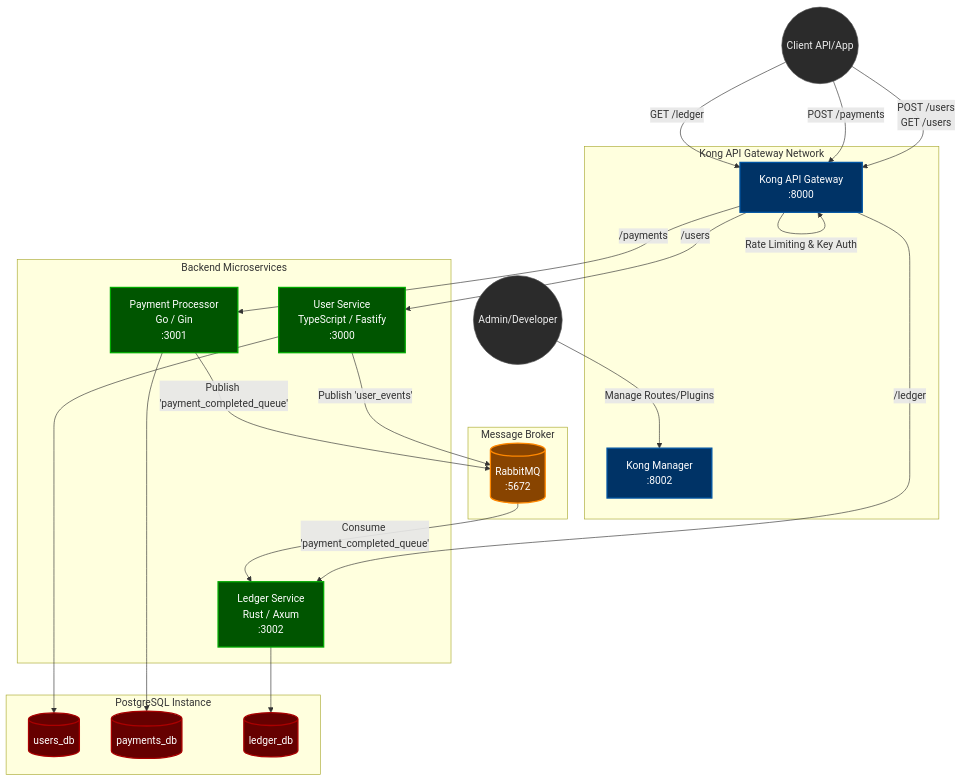
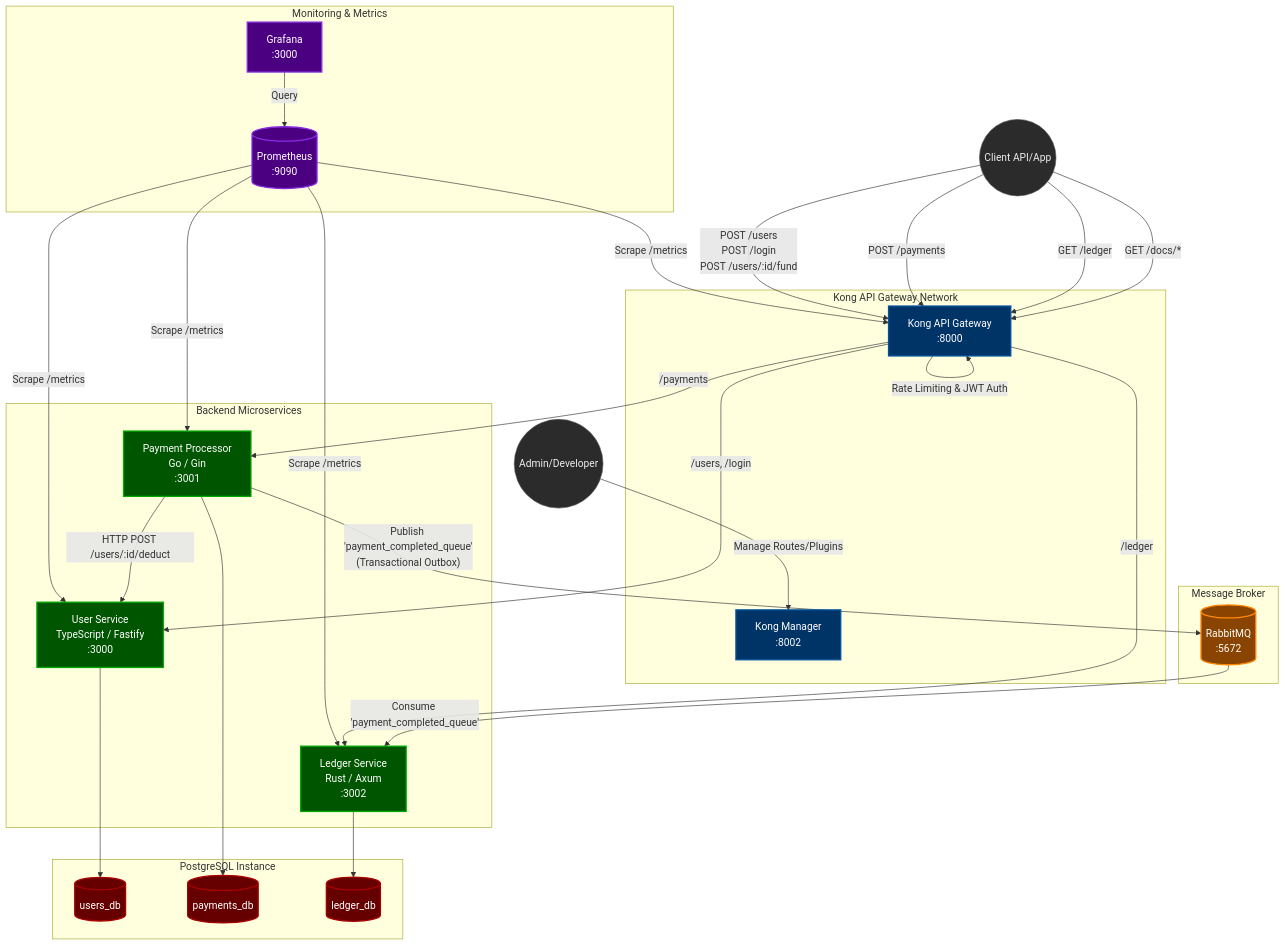
One commit to babalolajnr/kong-gateway changed the diagram in architecture.md. Above: the diagram before and after it, drawn with Mermaid. The commit also changed other lines of this file and 3107 other files, not shown here.

````diff
--- a/architecture.md
+++ b/architecture.md
@@ -5,65 +5,82 @@
 ```mermaid
 flowchart TD
     %% Define external actors
     Client((Client API/App))
     Admin((Admin/Developer))
 
     %% Define Kong API Gateway
     subgraph Gateway [Kong API Gateway Network]
         Kong[Kong API Gateway\n:8000]
         Manager[Kong Manager\n:8002]
         
-        Kong -- Rate Limiting & Key Auth --> Kong
+        Kong -- Rate Limiting & JWT Auth --> Kong
     end
 
     %% Define message broker
     subgraph Broker [Message Broker]
         RabbitMQ[(RabbitMQ\n:5672)]
     end
 
     %% Define databases
     subgraph Databases [PostgreSQL Instance]
         UsersDB[(users_db)]
         PaymentsDB[(payments_db)]
         LedgerDB[(ledger_db)]
     end
 
     %% Define microservices
     subgraph Microservices [Backend Microservices]
         UserService[User Service\nTypeScript / Fastify\n:3000]
         PaymentProcessor[Payment Processor\nGo / Gin\n:3001]
         LedgerService[Ledger Service\nRust / Axum\n:3002]
     end
 
+    %% Define Observability
+    subgraph Observability [Monitoring & Metrics]
+        Prometheus[(Prometheus\n:9090)]
+        Grafana[Grafana\n:3000]
+        
+        Prometheus -- "Scrape /metrics" --> Kong
+        Prometheus -- "Scrape /metrics" --> UserService
+        Prometheus -- "Scrape /metrics" --> PaymentProcessor
+        Prometheus -- "Scrape /metrics" --> LedgerService
+        Grafana -- "Query" --> Prometheus
+    end
+
     %% Routing logic
-    Client -- "POST /users\nGET /users" --> Kong
+    Client -- "POST /users\nPOST /login\nPOST /users/:id/fund" --> Kong
     Client -- "POST /payments" --> Kong
     Client -- "GET /ledger" --> Kong
+    Client -- "GET /docs/*" --> Kong
     
     Admin -- "Manage Routes/Plugins" --> Manager
 
-    Kong -- "/users" --> UserService
+    Kong -- "/users, /login" --> UserService
     Kong -- "/payments" --> PaymentProcessor
     Kong -- "/ledger" --> LedgerService
+
+    %% Inter-service communication
+    PaymentProcessor -- "HTTP POST /users/:id/deduct" --> UserService
 
     %% Service to DB connections
     UserService --> UsersDB
     PaymentProcessor --> PaymentsDB
     LedgerService --> LedgerDB
 
     %% Service to RabbitMQ connections
-    UserService -- "Publish 'user_events'" --> RabbitMQ
-    PaymentProcessor -- "Publish 'payment_completed_queue'" --> RabbitMQ
+    PaymentProcessor -- "Publish 'payment_completed_queue'\n(Transactional Outbox)" --> RabbitMQ
     RabbitMQ -- "Consume 'payment_completed_queue'" --> LedgerService
 
     classDef default fill:#2b2b2b,stroke:#555,stroke-width:1px,color:#eee;
     classDef gateway fill:#003366,stroke:#0055a4,stroke-width:2px,color:#fff;
     classDef service fill:#005500,stroke:#00aa00,stroke-width:2px,color:#fff;
     classDef db fill:#660000,stroke:#aa0000,stroke-width:2px,color:#fff;
     classDef queue fill:#884400,stroke:#ff8800,stroke-width:2px,color:#fff;
+    classDef monitor fill:#4b0082,stroke:#8a2be2,stroke-width:2px,color:#fff;
 
     class Kong,Manager gateway;
     class UserService,PaymentProcessor,LedgerService service;
     class UsersDB,PaymentsDB,LedgerDB db;
     class RabbitMQ queue;
+    class Prometheus,Grafana monitor;
 ```
````
